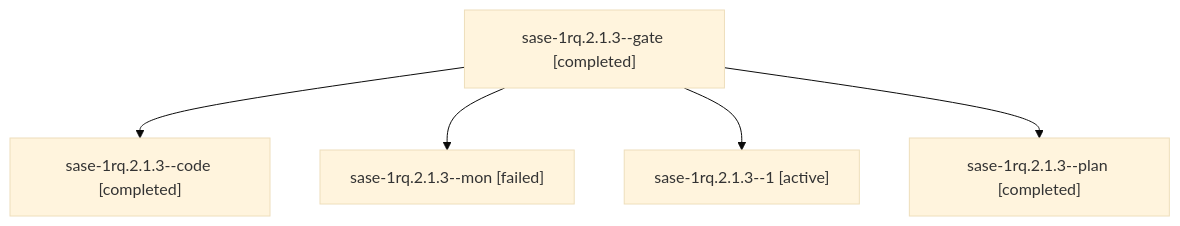
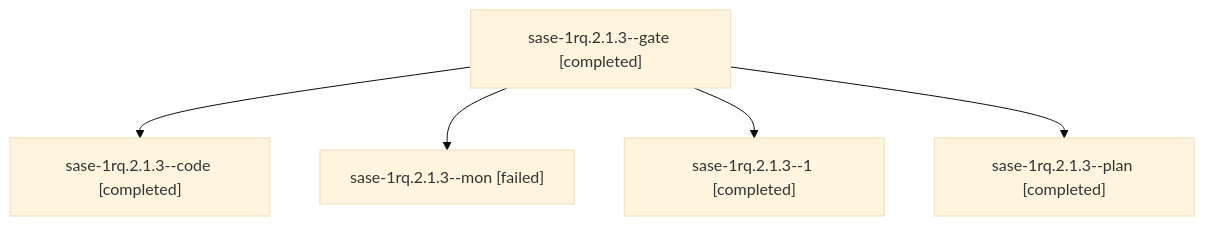
Before and after one commit to sase-org/sase--agents: the diagram in sessions/bbugyi200.athena.sase-1rq.2.1.3.md, drawn with Mermaid (base theme). The commit also changed other lines of this file and 134 other files, not shown here.

````diff
--- a/sessions/bbugyi200.athena.sase-1rq.2.1.3.md
+++ b/sessions/bbugyi200.athena.sase-1rq.2.1.3.md
@@ -9,12 +9,12 @@
 ```mermaid
 flowchart TD
   n0["sase-1rq.2.1.3--gate [completed]"]
   n1["sase-1rq.2.1.3--code [completed]"]
   n0 --> n1
   n2["sase-1rq.2.1.3--mon [failed]"]
   n0 --> n2
-  n3["sase-1rq.2.1.3--1 [active]"]
+  n3["sase-1rq.2.1.3--1 [completed]"]
   n0 --> n3
   n4["sase-1rq.2.1.3--plan [completed]"]
   n0 --> n4
 ```
````
